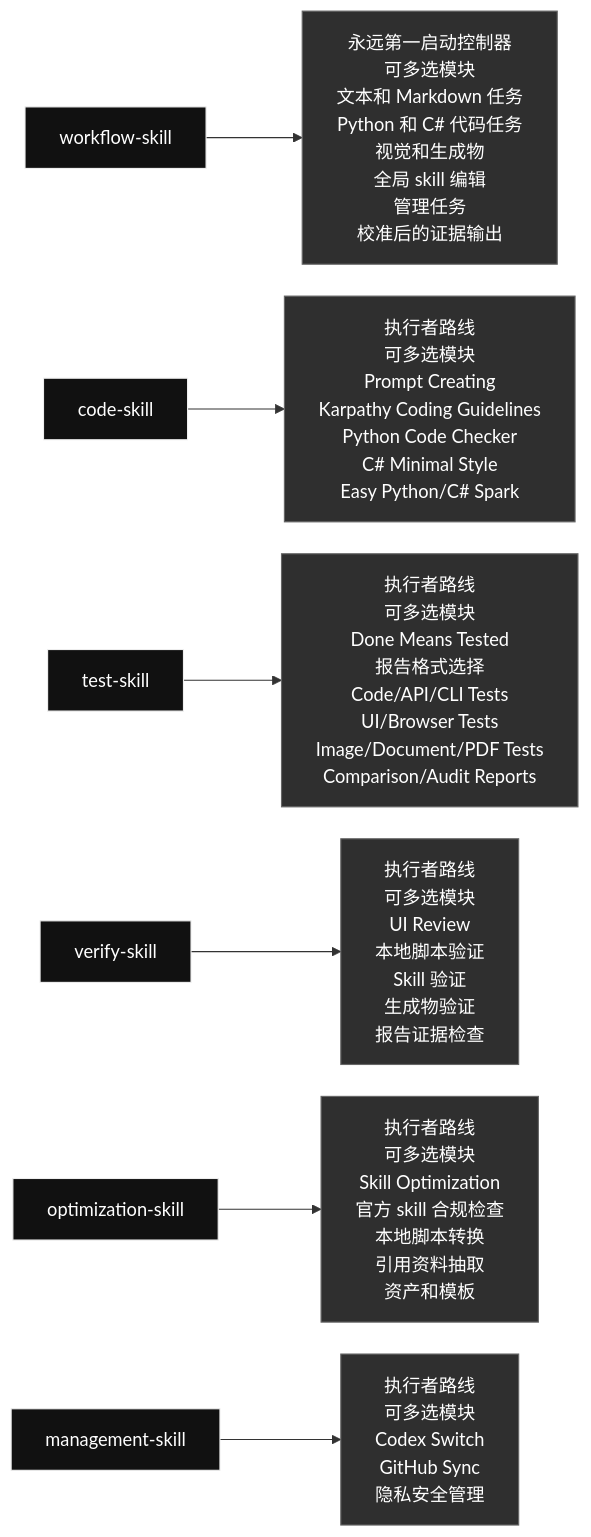
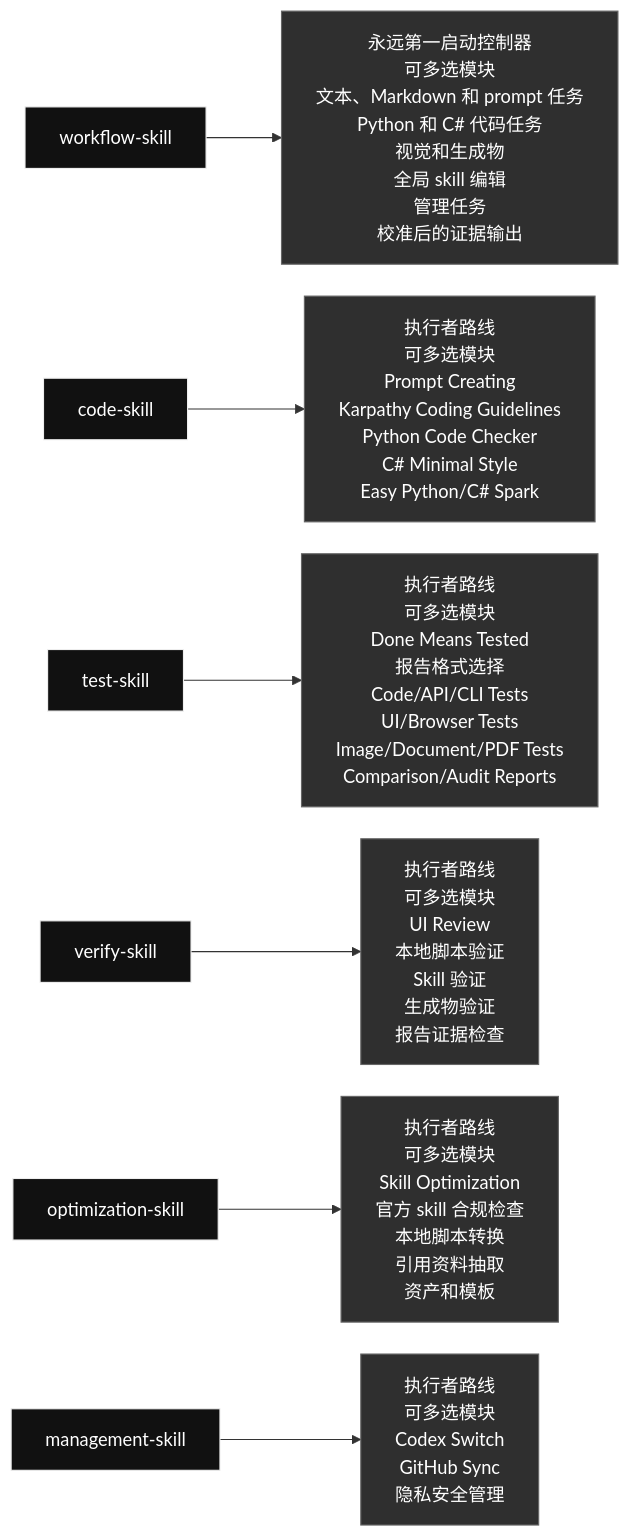
Before and after one commit to qinbatista/qin-codex-skills: the diagram in README.zh.md, drawn with Mermaid. The commit also changed other lines of this file and 8 other files, not shown here.

Commit message:
Route prompt work through workflow skill

````diff
--- a/README.zh.md
+++ b/README.zh.md
@@ -7,14 +7,14 @@
 ```mermaid
 %%{init: {"flowchart": {"nodeSpacing": 28, "rankSpacing": 54, "wrappingWidth": 240}}}%%
 flowchart LR
-  skill_workflow_skill["workflow-skill"] --> inside_workflow_skill["永远第一启动控制器<br/>可多选模块<br/>文本和 Markdown 任务<br/>Python 和 C# 代码任务<br/>视觉和生成物<br/>全局 skill 编辑<br/>管理任务<br/>校准后的证据输出"]
+  skill_workflow_skill["workflow-skill"] --> inside_workflow_skill["永远第一启动控制器<br/>可多选模块<br/>文本、Markdown 和 prompt 任务<br/>Python 和 C# 代码任务<br/>视觉和生成物<br/>全局 skill 编辑<br/>管理任务<br/>校准后的证据输出"]
   skill_code_skill["code-skill"] --> inside_code_skill["执行者路线<br/>可多选模块<br/>Prompt Creating<br/>Karpathy Coding Guidelines<br/>Python Code Checker<br/>C# Minimal Style<br/>Easy Python/C# Spark"]
   skill_test_skill["test-skill"] --> inside_test_skill["执行者路线<br/>可多选模块<br/>Done Means Tested<br/>报告格式选择<br/>Code/API/CLI Tests<br/>UI/Browser Tests<br/>Image/Document/PDF Tests<br/>Comparison/Audit Reports"]
   skill_verify_skill["verify-skill"] --> inside_verify_skill["执行者路线<br/>可多选模块<br/>UI Review<br/>本地脚本验证<br/>Skill 验证<br/>生成物验证<br/>报告证据检查"]
   skill_optimization_skill["optimization-skill"] --> inside_optimization_skill["执行者路线<br/>可多选模块<br/>Skill Optimization<br/>官方 skill 合规检查<br/>本地脚本转换<br/>引用资料抽取<br/>资产和模板"]
   skill_management_skill["management-skill"] --> inside_management_skill["执行者路线<br/>可多选模块<br/>Codex Switch<br/>GitHub Sync<br/>隐私安全管理"]
   classDef skill fill:#111,color:#fff,stroke:#eee;
   classDef content fill:#2f2f2f,color:#fff,stroke:#666;
   class skill_workflow_skill,skill_code_skill,skill_test_skill,skill_verify_skill,skill_optimization_skill,skill_management_skill skill;
   class inside_workflow_skill,inside_code_skill,inside_test_skill,inside_verify_skill,inside_optimization_skill,inside_management_skill content;
 ```
````
